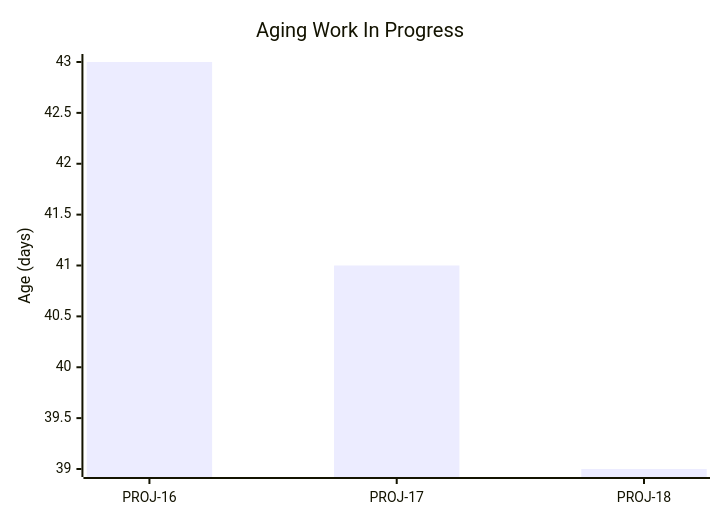
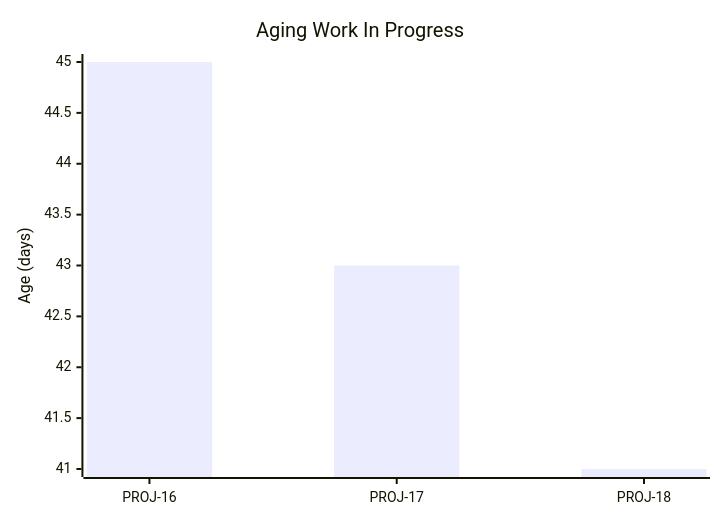
One commit to cbroult/predictability-engine changed the first of 5 diagrams in data/samples/reports/sample_data/dashboard.md. Above: the diagram before and after it, drawn with Mermaid. The commit also changed other lines of this file and 73 other files, not shown here.

````diff
--- a/data/samples/reports/sample_data/dashboard.md
+++ b/data/samples/reports/sample_data/dashboard.md
@@ -24,7 +24,7 @@
 ```mermaid
 xychart-beta
     title "Aging Work In Progress"
     x-axis ["PROJ-16", "PROJ-17", "PROJ-18"]
     y-axis "Age (days)"
-    bar "Age" [43, 41, 39]
+    bar "Age" [45, 43, 41]
 ```
````
